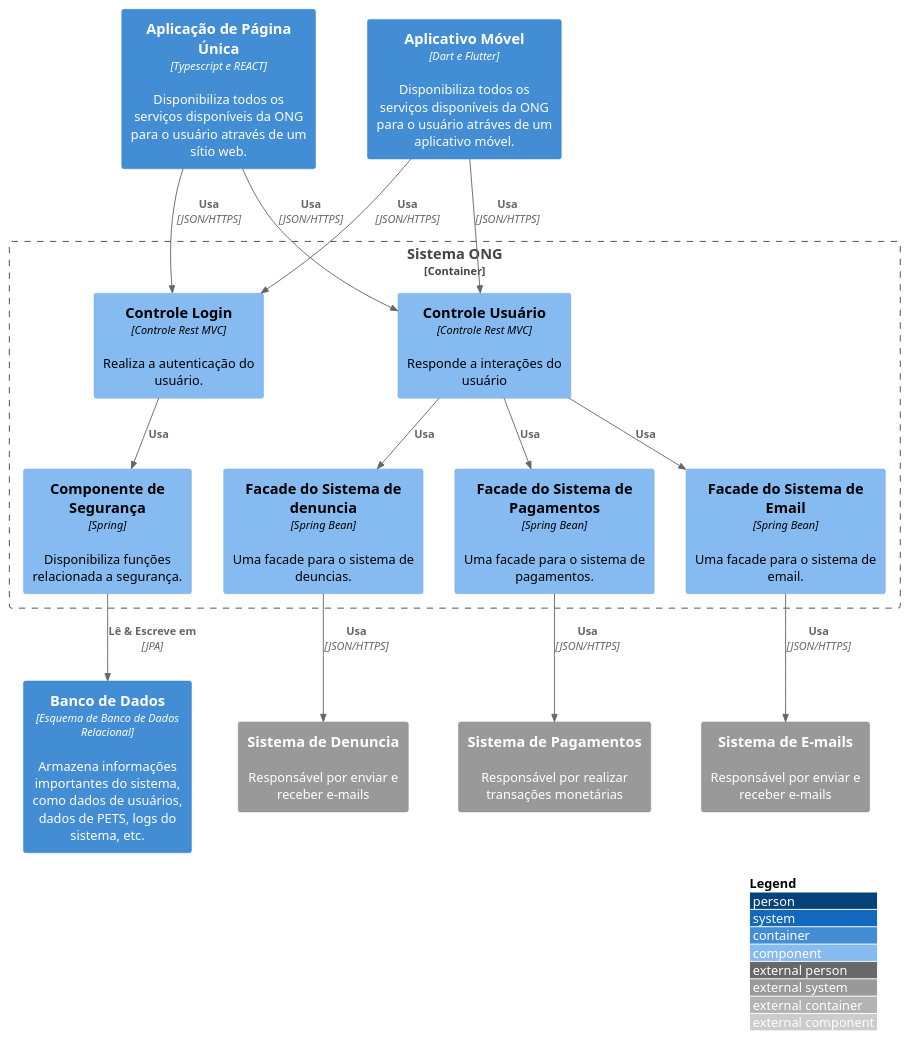
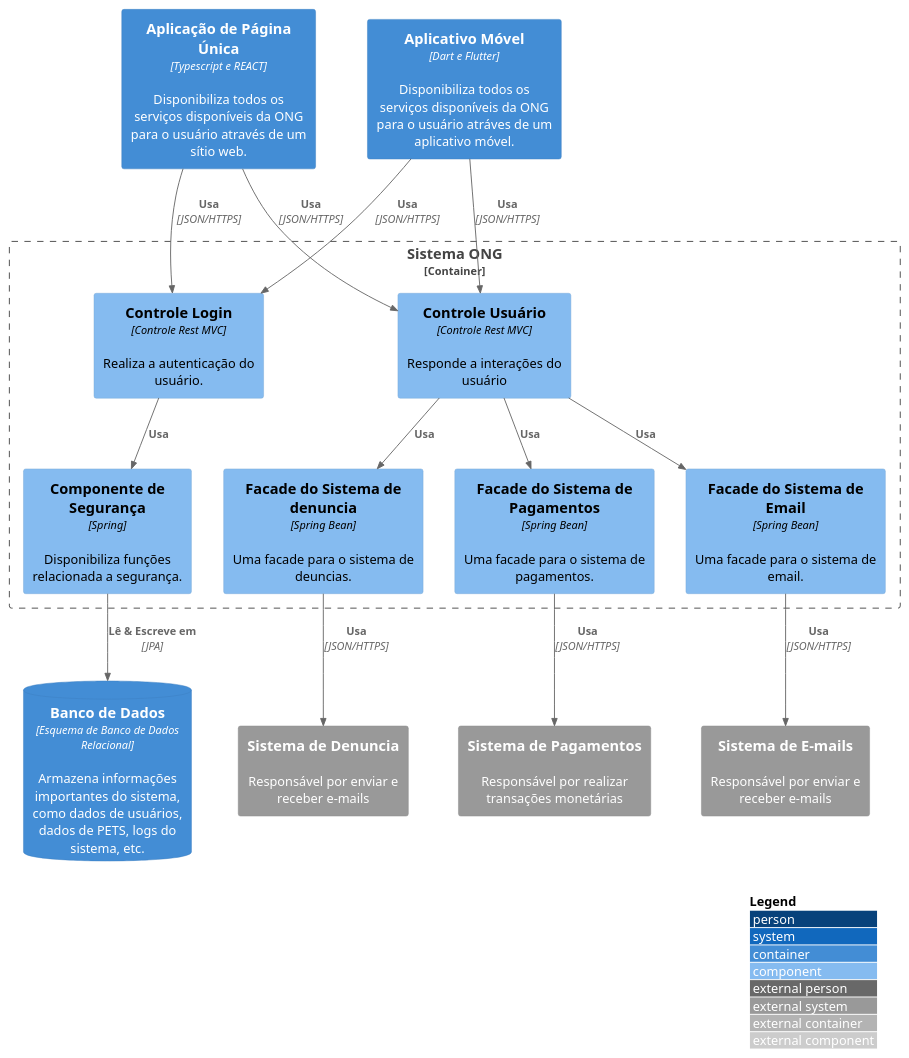
One commit to andrelquiosi/ANIMAPET changed the diagram in src/Sistema animapet/API Application/container.puml. Above: the diagram before and after it, drawn with PlantUML.

Commit message:
Adicionando frescura

```diff
--- a/src/Sistema animapet/API Application/container.puml
+++ b/src/Sistema animapet/API Application/container.puml
@@ -1,38 +1,38 @@
 @startuml Container
 !include https://raw.githubusercontent.com/adrianvlupu/C4-PlantUML/latest/C4_Component.puml
 
 LAYOUT_WITH_LEGEND()
 
 Container(site, "Aplicação de Página Única", "Typescript e REACT","Disponibiliza todos os serviços disponíveis da ONG para o usuário através de um  sítio web.")
 Container(mobile, "Aplicativo Móvel", "Dart e Flutter", "Disponibiliza todos os serviços disponíveis da ONG para o usuário atráves de um aplicativo móvel.")
-Container(database, "Banco de Dados", "Esquema de Banco de Dados Relacional", "Armazena informações importantes do sistema, como dados de usuários, dados de PETS, logs do sistema, etc.")
+ContainerDb(database, "Banco de Dados", "Esquema de Banco de Dados Relacional", "Armazena informações importantes do sistema, como dados de usuários, dados de PETS, logs do sistema, etc.")
 
 System_Ext(financeiro, "Sistema de Pagamentos", "Responsável por realizar transações monetárias")
 System_Ext(email, "Sistema de E-mails", "Responsável por enviar e receber e-mails")
 System_Ext(denuncia, "Sistema de Denuncia", "Responsável por enviar e receber e-mails")
 
 Container_Boundary(ong, "Sistema ONG") {
     Component(login, "Controle Login", "Controle Rest MVC", "Realiza a autenticação do usuário.")
     Component(contas, "Controle Usuário", "Controle Rest MVC", "Responde a interações do usuário")
     Component(seguranca, "Componente de Segurança", "Spring", "Disponibiliza funções relacionada a segurança.")
     Component(financeiro_facade, "Facade do Sistema de Pagamentos", "Spring Bean", "Uma facade para o sistema de pagamentos.")
     Component(email_facade, "Facade do Sistema de Email", "Spring Bean", "Uma facade para o sistema de email.")
     Component(denuncia_facade, "Facade do Sistema de denuncia", "Spring Bean", "Uma facade para o sistema de deuncias.")
 
 
     Rel(login, seguranca, "Usa")
     Rel(contas, financeiro_facade, "Usa")
     Rel(contas, email_facade, "Usa")
     Rel(contas, denuncia_facade, "Usa")
     Rel(financeiro_facade, financeiro, "Usa", "JSON/HTTPS")
     Rel(email_facade, email, "Usa", "JSON/HTTPS")
     Rel(denuncia_facade, denuncia, "Usa", "JSON/HTTPS")
 }
 
 
 Rel(seguranca, database, "Lê & Escreve em", "JPA")
 Rel(site, login, "Usa", "JSON/HTTPS")
 Rel(site, contas, "Usa", "JSON/HTTPS")
 Rel(mobile, login, "Usa", "JSON/HTTPS")
 Rel(mobile, contas, "Usa", "JSON/HTTPS")
 @enduml
```
